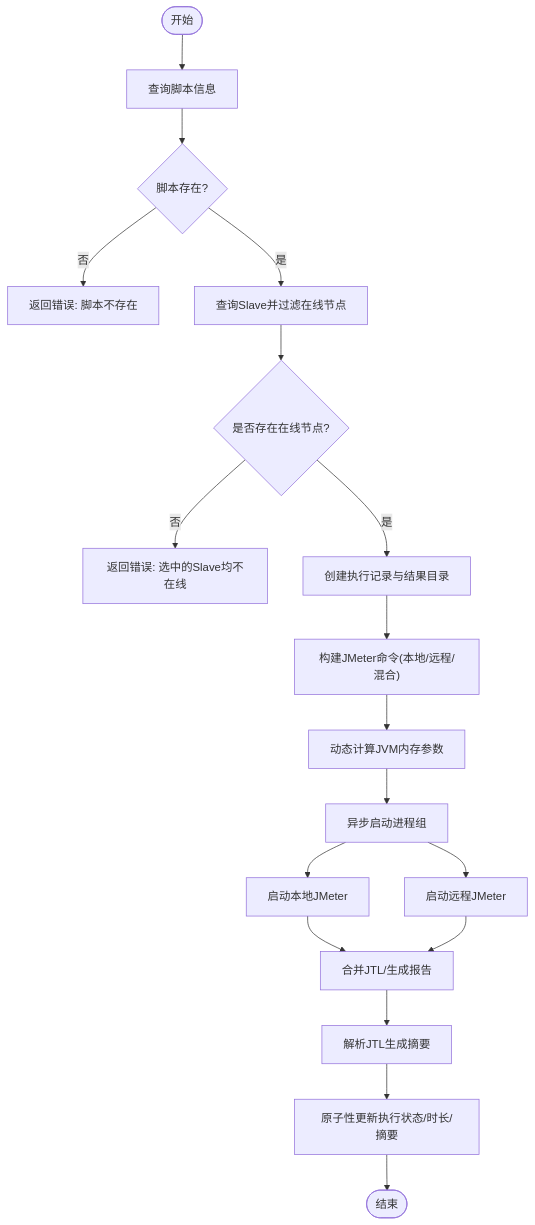
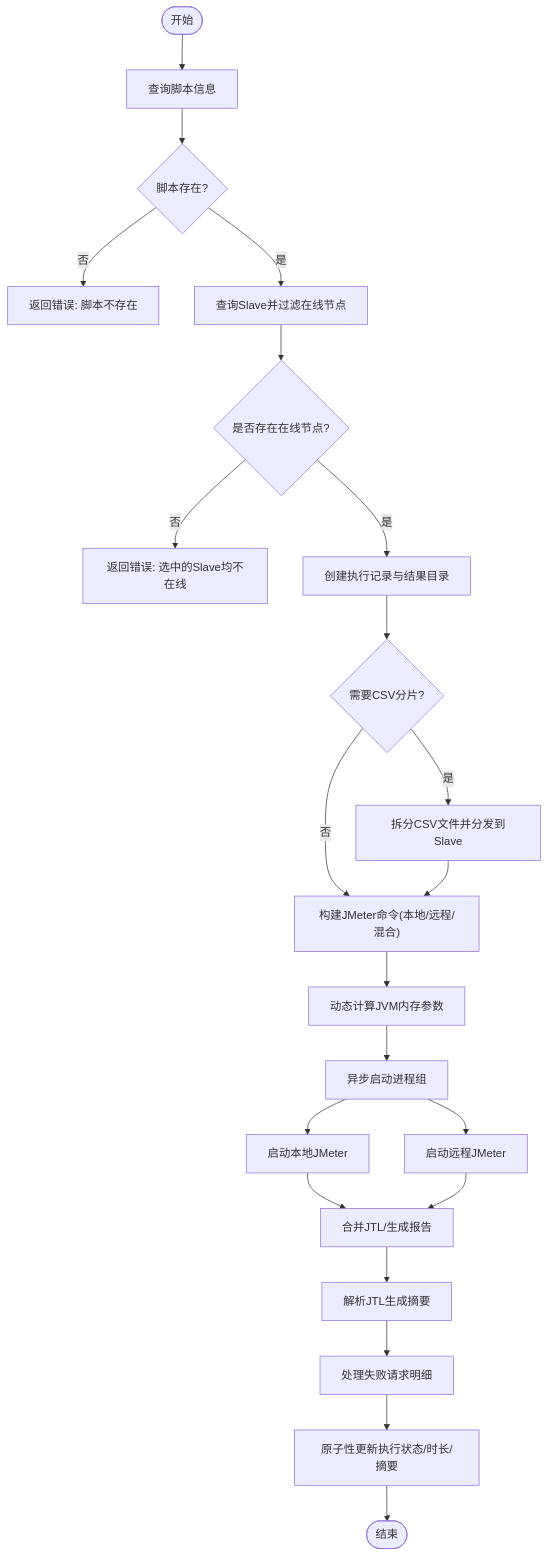
Before and after one commit to Liyuhao02/Jmeter-Admin: the third of 6 diagrams in .qoder/repowiki/zh/content/核心业务模块/执行管理系统/执行流程控制.md, drawn with Mermaid. The commit also changed other lines of this file and 34 other files, not shown here.

````diff
--- a/.qoder/repowiki/zh/content/核心业务模块/执行管理系统/执行流程控制.md
+++ b/.qoder/repowiki/zh/content/核心业务模块/执行管理系统/执行流程控制.md
@@ -147,20 +175,24 @@
 ```mermaid
 flowchart TD
 Start(["开始"]) --> LoadScript["查询脚本信息"]
 LoadScript --> CheckScript{"脚本存在?"}
 CheckScript --> |否| FailScript["返回错误: 脚本不存在"]
 CheckScript --> |是| LoadSlaves["查询Slave并过滤在线节点"]
 LoadSlaves --> HasOnline{"是否存在在线节点?"}
 HasOnline --> |否| FailOffline["返回错误: 选中的Slave均不在线"]
 HasOnline --> |是| CreateExec["创建执行记录与结果目录"]
-CreateExec --> BuildArgs["构建JMeter命令(本地/远程/混合)"]
+CreateExec --> CheckCSV{"需要CSV分片?"}
+CheckCSV --> |是| SplitCSV["拆分CSV文件并分发到Slave"]
+CheckCSV --> |否| BuildArgs["构建JMeter命令(本地/远程/混合)"]
+SplitCSV --> BuildArgs
 BuildArgs --> CalcJVM["动态计算JVM内存参数"]
 CalcJVM --> AsyncRun["异步启动进程组"]
 AsyncRun --> RunLocal["启动本地JMeter"]
 AsyncRun --> RunRemote["启动远程JMeter"]
 RunLocal --> Merge["合并JTL/生成报告"]
 RunRemote --> Merge
 Merge --> Parse["解析JTL生成摘要"]
-Parse --> Update["原子性更新执行状态/时长/摘要"]
+Parse --> HandleErrorDetails["处理失败请求明细"]
+HandleErrorDetails --> Update["原子性更新执行状态/时长/摘要"]
 Update --> End(["结束"])
 ```
````
